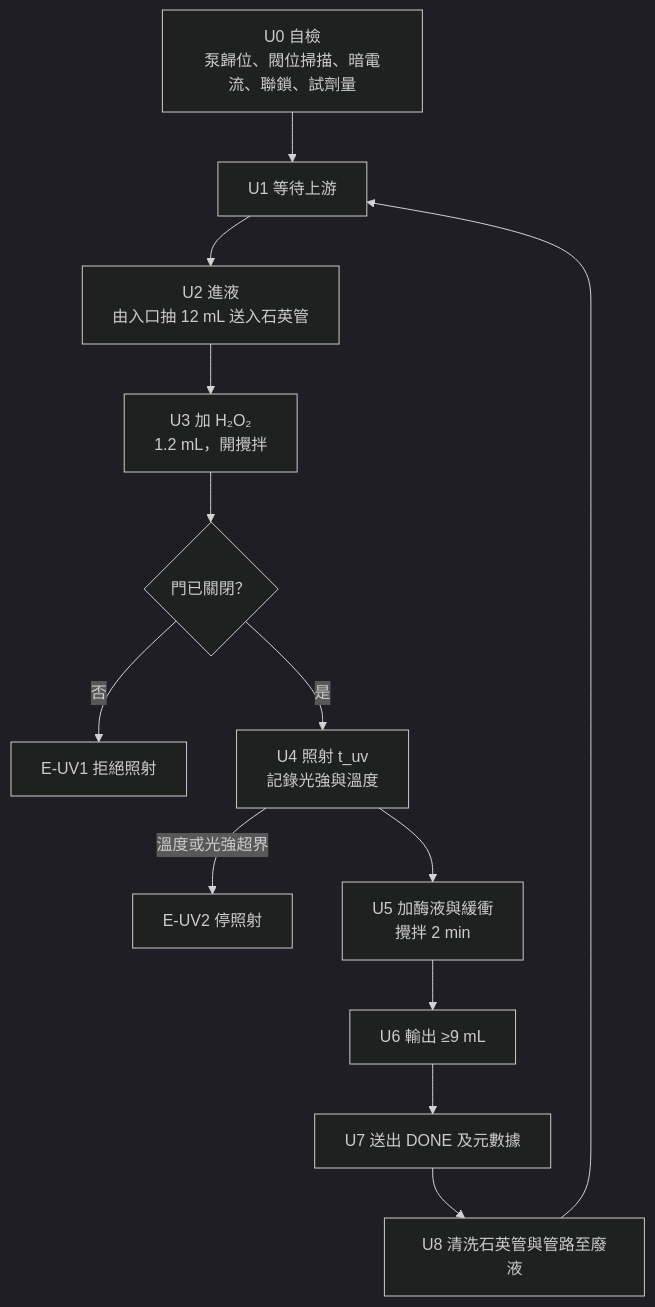
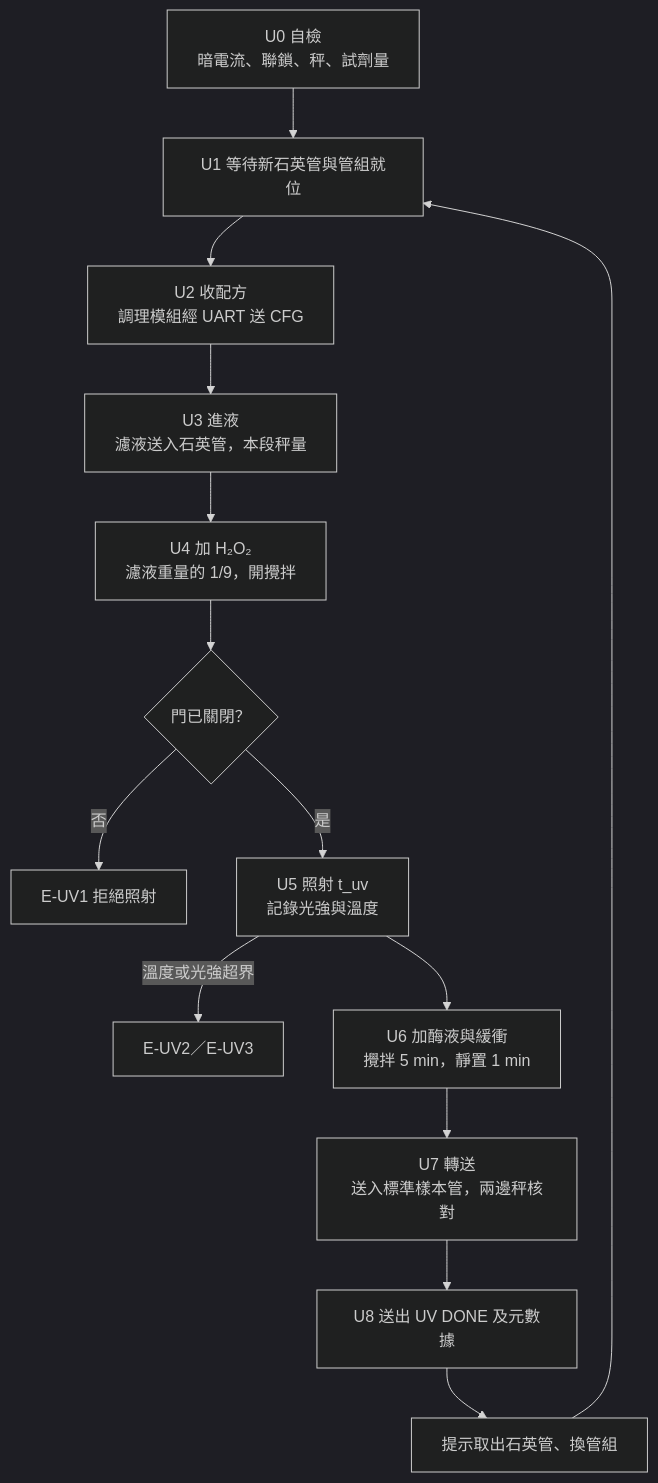
Before and after one commit to davidlueng986-alt/igem-mercury-extraction-platform: the third of 3 diagrams in docs/02-uv-aop-module.md, drawn with Mermaid (dark theme). The commit also changed other lines of this file and 1 other file, not shown here.

````diff
--- a/docs/02-uv-aop-module.md
+++ b/docs/02-uv-aop-module.md
@@ -179,15 +181,16 @@
 ```mermaid
 flowchart TD
-  A[U0 自檢<br/>泵歸位、閥位掃描、暗電流、聯鎖、試劑量] --> B[U1 等待上游]
-  B --> C[U2 進液<br/>由入口抽 12 mL 送入石英管]
-  C --> D[U3 加 H₂O₂<br/>1.2 mL，開攪拌]
-  D --> E{門已關閉？}
-  E -->|否| X1[E-UV1 拒絕照射]
-  E -->|是| F[U4 照射 t_uv<br/>記錄光強與溫度]
-  F -->|溫度或光強超界| X2[E-UV2 停照射]
-  F --> G[U5 加酶液與緩衝<br/>攪拌 2 min]
-  G --> H[U6 輸出 ≥9 mL]
-  H --> I[U7 送出 DONE 及元數據]
-  I --> J[U8 清洗石英管與管路至廢液]
-  J --> B
+  A[U0 自檢<br/>暗電流、聯鎖、秤、試劑量] --> B[U1 等待新石英管與管組就位]
+  B --> C[U2 收配方<br/>調理模組經 UART 送 CFG]
+  C --> D[U3 進液<br/>濾液送入石英管，本段秤量]
+  D --> E[U4 加 H₂O₂<br/>濾液重量的 1/9，開攪拌]
+  E --> F{門已關閉？}
+  F -->|否| X1[E-UV1 拒絕照射]
+  F -->|是| G[U5 照射 t_uv<br/>記錄光強與溫度]
+  G -->|溫度或光強超界| X2[E-UV2／E-UV3]
+  G --> H[U6 加酶液與緩衝<br/>攪拌 5 min，靜置 1 min]
+  H --> I[U7 轉送<br/>送入標準樣本管，兩邊秤核對]
+  I --> J[U8 送出 UV DONE 及元數據]
+  J --> K[提示取出石英管、換管組]
+  K --> B
 ```
````
